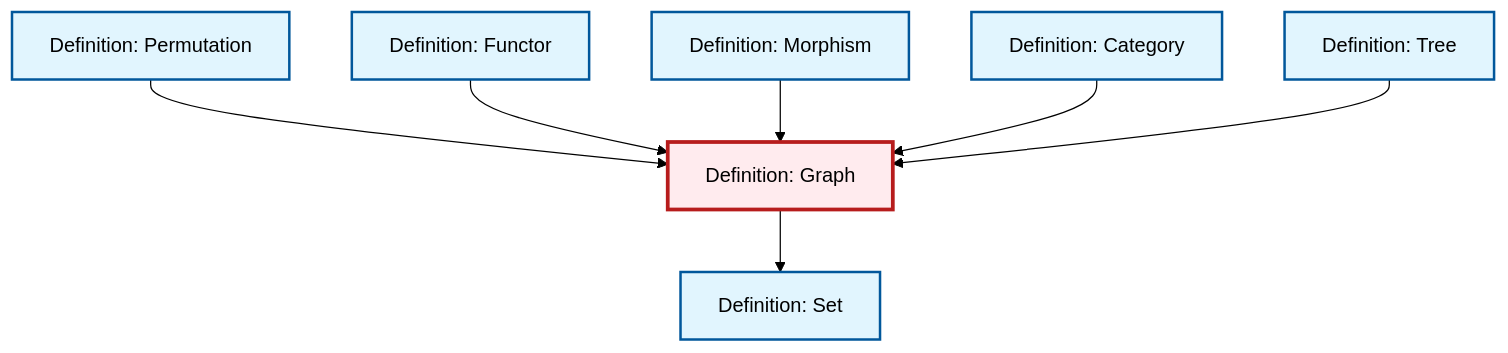
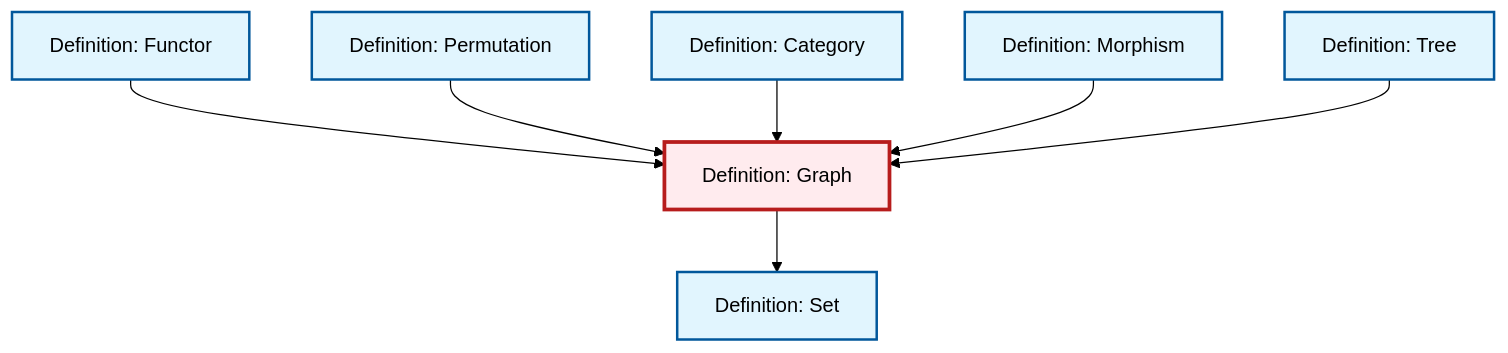
The diagram in content/ja/combinatorics/def-graph.qmd (RK0429/ModernMath), drawn with Mermaid (forest theme) before and after one commit. The commit also changed other lines of this file and 597 other files, not shown here.

````diff
--- a/content/ja/combinatorics/def-graph.qmd
+++ b/content/ja/combinatorics/def-graph.qmd
@@ -94,29 +94,29 @@
 ```{mermaid}
 %%| fig-cap: "Local dependency graph"
 graph TD
     classDef definition fill:#e1f5fe,stroke:#01579b,stroke-width:2px
     classDef theorem fill:#f3e5f5,stroke:#4a148c,stroke-width:2px
     classDef axiom fill:#fff3e0,stroke:#e65100,stroke-width:2px
     classDef example fill:#e8f5e9,stroke:#1b5e20,stroke-width:2px
     classDef current fill:#ffebee,stroke:#b71c1c,stroke-width:3px
+    def-category["Definition: Category"]:::definition
+    def-set["Definition: Set"]:::definition
+    def-morphism["Definition: Morphism"]:::definition
+    def-permutation["Definition: Permutation"]:::definition
+    def-tree["Definition: Tree"]:::definition
     def-graph["Definition: Graph"]:::definition
-    def-morphism["Definition: Morphism"]:::definition
-    def-category["Definition: Category"]:::definition
-    def-tree["Definition: Tree"]:::definition
-    def-permutation["Definition: Permutation"]:::definition
-    def-set["Definition: Set"]:::definition
     def-functor["Definition: Functor"]:::definition
+    def-functor --> def-graph
     def-permutation --> def-graph
-    def-functor --> def-graph
-    def-morphism --> def-graph
     def-category --> def-graph
     def-graph --> def-set
+    def-morphism --> def-graph
     def-tree --> def-graph
     class def-graph current
+    click def-category "def-category.html" "Definition: Categoryへ"
+    click def-set "def-set.html" "Definition: Setへ"
     click def-morphism "def-morphism.html" "Definition: Morphismへ"
-    click def-category "def-category.html" "Definition: Categoryへ"
+    click def-permutation "def-permutation.html" "Definition: Permutationへ"
     click def-tree "def-tree.html" "Definition: Treeへ"
-    click def-permutation "def-permutation.html" "Definition: Permutationへ"
-    click def-set "def-set.html" "Definition: Setへ"
     click def-functor "def-functor.html" "Definition: Functorへ"
 ```
````
